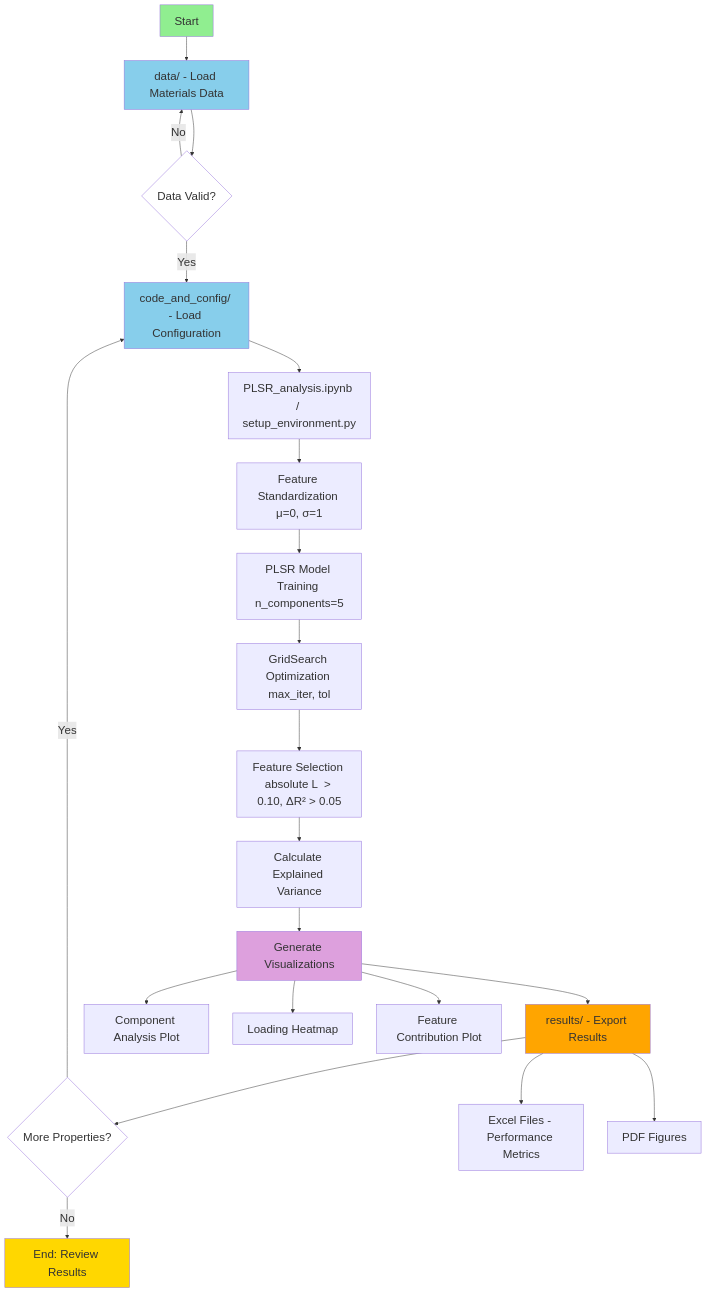
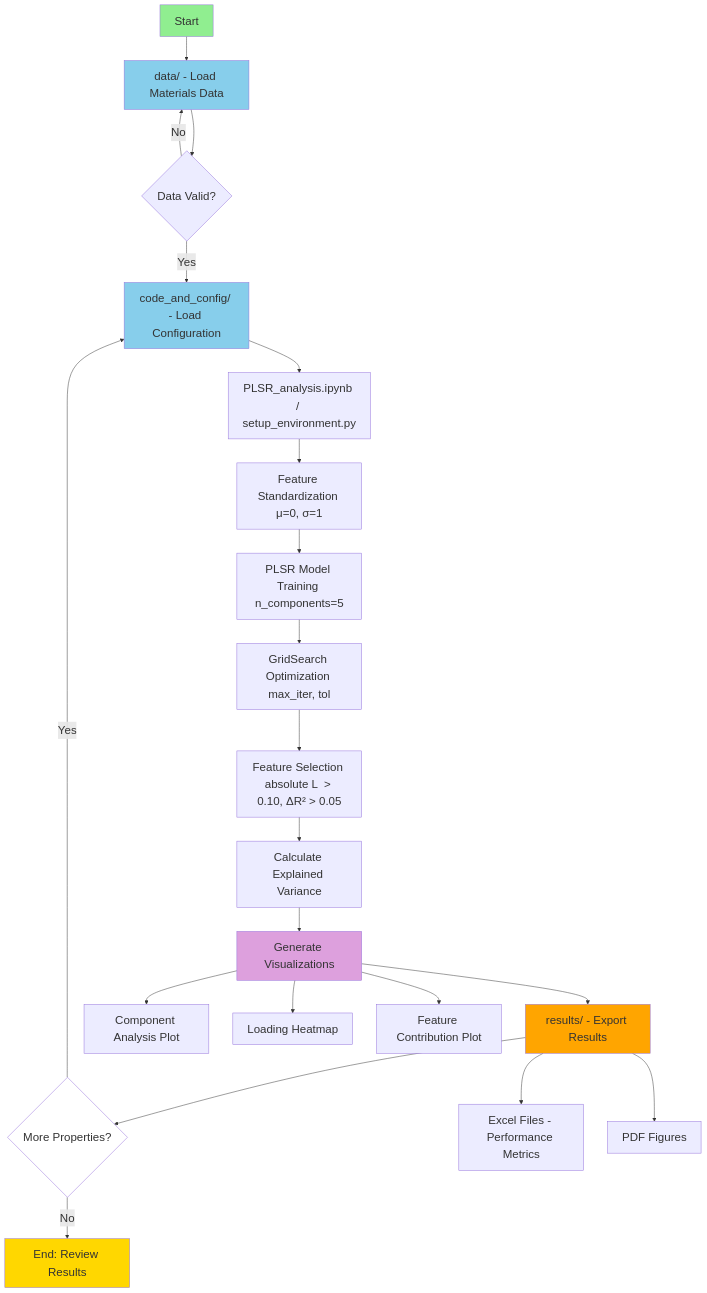
The diagram in plsr_feature_selection/README.md (Shaswat-qm-researcher/Physics-Informed-Symbolic-Regression-for-Phonon-Related-Property-Prediction-and-Materials-Discovery), drawn with Mermaid before and after one commit.

Commit message:
Update style C in README.md

````diff
--- a/plsr_feature_selection/README.md
+++ b/plsr_feature_selection/README.md
@@ -24,46 +24,46 @@
 ```mermaid
 flowchart TD
     A[Start] --> B[data/ - Load Materials Data]
     B --> C{Data Valid?}
     C -->|No| B
     C -->|Yes| D[code_and_config/ - Load Configuration]
     D --> E[PLSR_analysis.ipynb / setup_environment.py]
     E --> F[Feature Standardization μ=0, σ=1]
     F --> G[PLSR Model Training n_components=5]
     G --> H[GridSearch Optimization max_iter, tol]
     H --> I[Feature Selection absolute L  > 0.10, ΔR² > 0.05]
     I --> J[Calculate Explained Variance]
     J --> K[Generate Visualizations]
     K --> L[results/ - Export Results]
     L --> M{More Properties?}
     M -->|Yes| D
     M -->|No| N[End: Review Results]
     
     K --> K1[Component Analysis Plot]
     K --> K2[Loading Heatmap]
     K --> K3[Feature Contribution Plot]
     
     L --> L1[Excel Files - Performance Metrics]
     L --> L2[PDF Figures]
 
 style A fill:#90EE90, font-size:24px, font-family:Arial
 style B fill:#87CEEB, font-size:24px, font-family:Arial
-style C fill:#FFFFFF, font-size:24px, font-family:Arial
+style C font-size:24px, font-family:Arial
 style D fill:#87CEEB, font-size:24px, font-family:Arial
 style E font-size:24px, font-family:Arial
 style F font-size:24px, font-family:Arial
 style G font-size:24px, font-family:Arial
 style H font-size:24px, font-family:Arial
 style I font-size:24px, font-family:Arial
 style J font-size:24px, font-family:Arial
 style K fill:#DDA0DD, font-size:24px, font-family:Arial
 style K1 font-size:24px, font-family:Arial
 style K2 font-size:24px, font-family:Arial
 style K3 font-size:24px, font-family:Arial
 style L fill:#FFA500, font-size:24px, font-family:Arial
 style L1 font-size:24px, font-family:Arial
 style L2 font-size:24px, font-family:Arial
 style M fill:#FFFFFF, font-size:24px, font-family:Arial
 style N fill:#FFD700, font-size:24px, font-family:Arial
 linkStyle 0,1,2,3,4,5,6,7,8,9,10,11,12,13,14,15 font-size:24px, font-family:Arial
 ```
````
